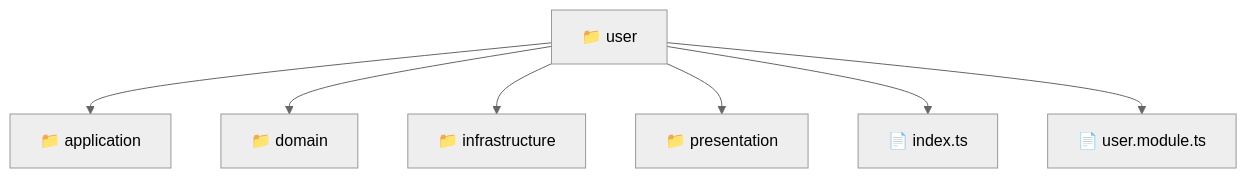
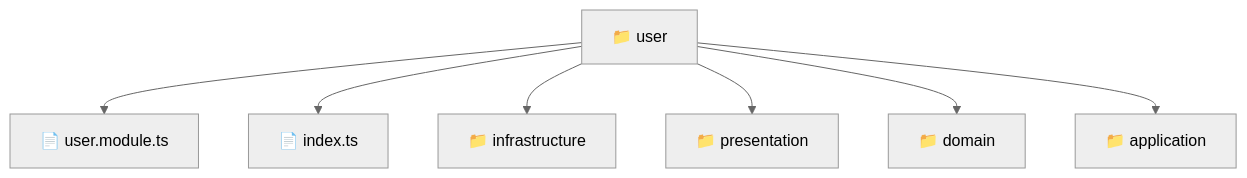
One commit to beginwebdev2002/fullstack-mavluda changed the diagram in backend/src/modules/user/README.md. Above: the diagram before and after it, drawn with Mermaid (neutral theme). The commit also changed other lines of this file and 164 other files, not shown here.

First line of the commit message:
docs: generate robust autonomous architectural documentation

````diff
--- a/backend/src/modules/user/README.md
+++ b/backend/src/modules/user/README.md
@@ -9,10 +11,10 @@
 ```mermaid
 graph TD
-  Root["📁 user"]
-  Root --> application["📁 application"]
-  Root --> domain["📁 domain"]
-  Root --> infrastructure["📁 infrastructure"]
-  Root --> presentation["📁 presentation"]
-  Root --> index_ts["📄 index.ts"]
-  Root --> user_module_ts["📄 user.module.ts"]
+    f_user["📁 user"]
+    f_user --> f_user_module_ts["📄 user.module.ts"]
+    f_user --> f_index_ts["📄 index.ts"]
+    f_user --> f_infrastructure["📁 infrastructure"]
+    f_user --> f_presentation["📁 presentation"]
+    f_user --> f_domain["📁 domain"]
+    f_user --> f_application["📁 application"]
 ```
````
